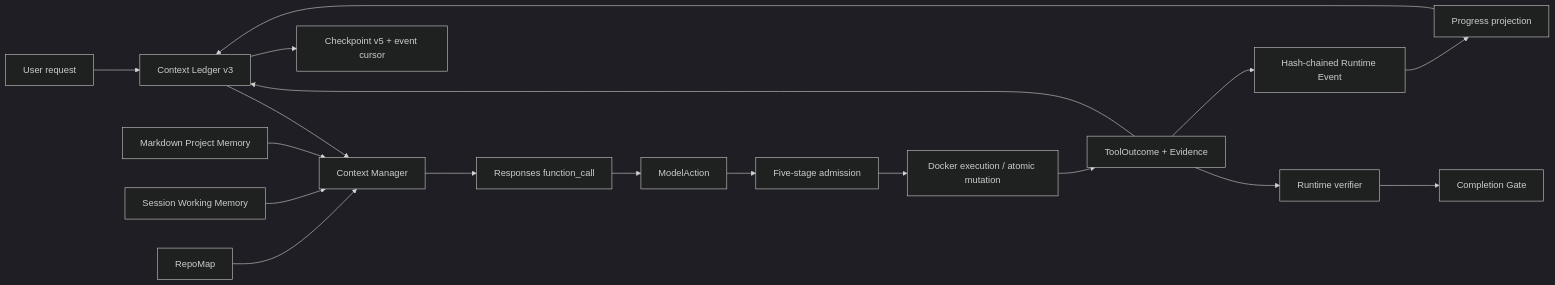
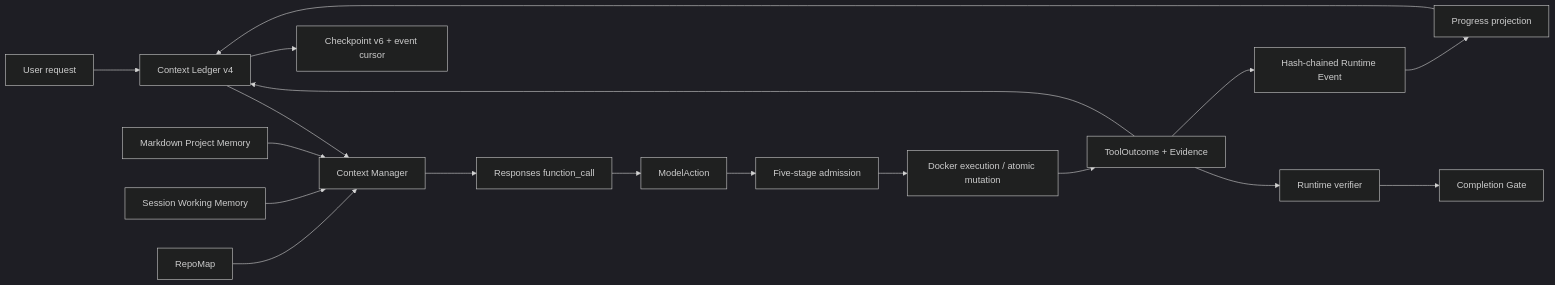
The diagram in docs/architecture/agent-runtime.md (goskiwi/pico-main), drawn with Mermaid (dark theme) before and after one commit. The commit also changed 9 other files, not shown here.

````diff
--- a/docs/architecture/agent-runtime.md
+++ b/docs/architecture/agent-runtime.md
@@ -12,19 +12,19 @@
 ```mermaid
 flowchart LR
-  U["User request"] --> L["Context Ledger v3"]
+  U["User request"] --> L["Context Ledger v4"]
   RM["RepoMap"] --> C["Context Manager"]
   WM["Session Working Memory"] --> C
   PM["Markdown Project Memory"] --> C
   L --> C --> M["Responses function_call"]
   M --> A["ModelAction"]
   A --> G["Five-stage admission"]
   G --> X["Docker execution / atomic mutation"]
   X --> O["ToolOutcome + Evidence"]
   O --> L
   O --> E["Hash-chained Runtime Event"]
   E --> P["Progress projection"]
   P --> L
-  L --> CP["Checkpoint v5 + event cursor"]
+  L --> CP["Checkpoint v6 + event cursor"]
   O --> V["Runtime verifier"]
   V --> F["Completion Gate"]
 ```
````
